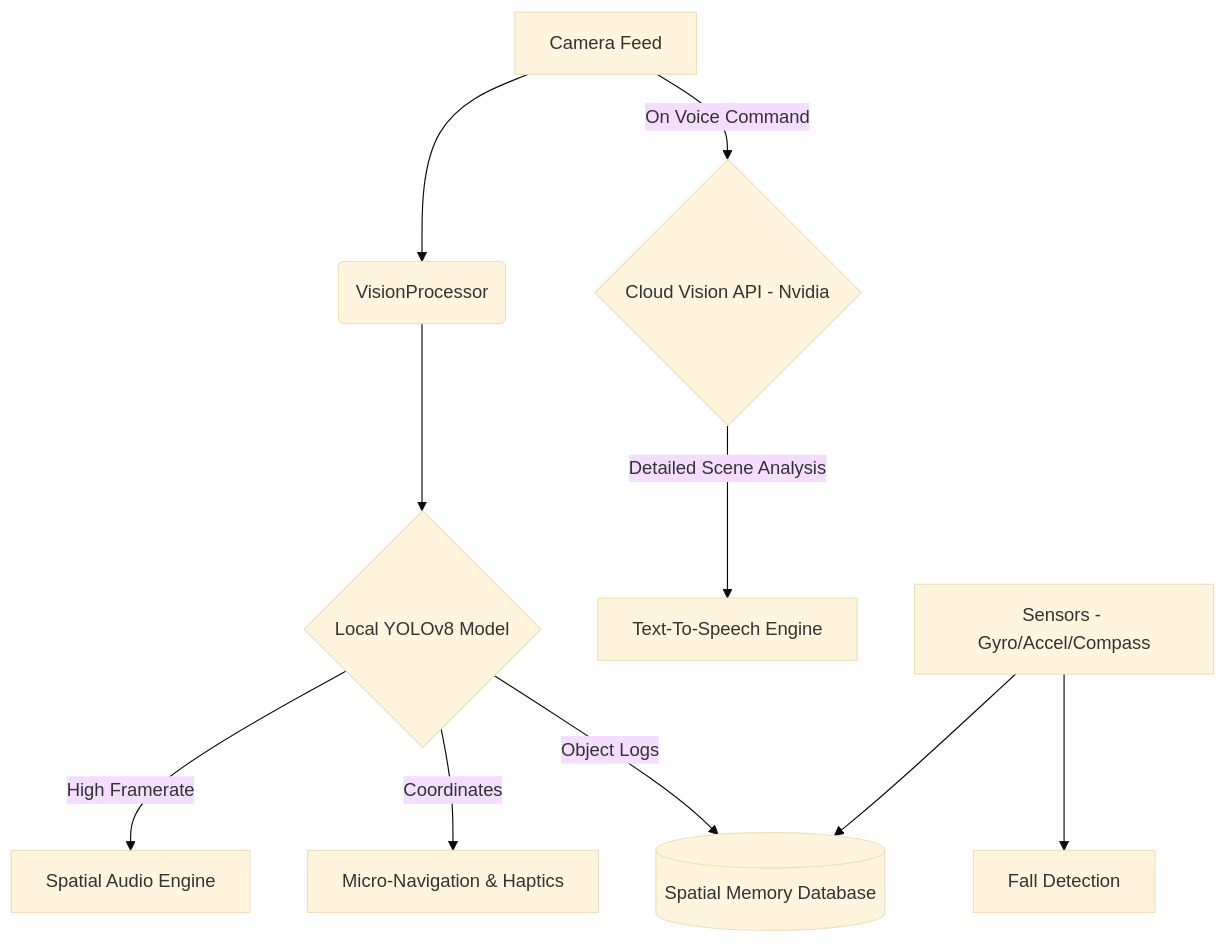
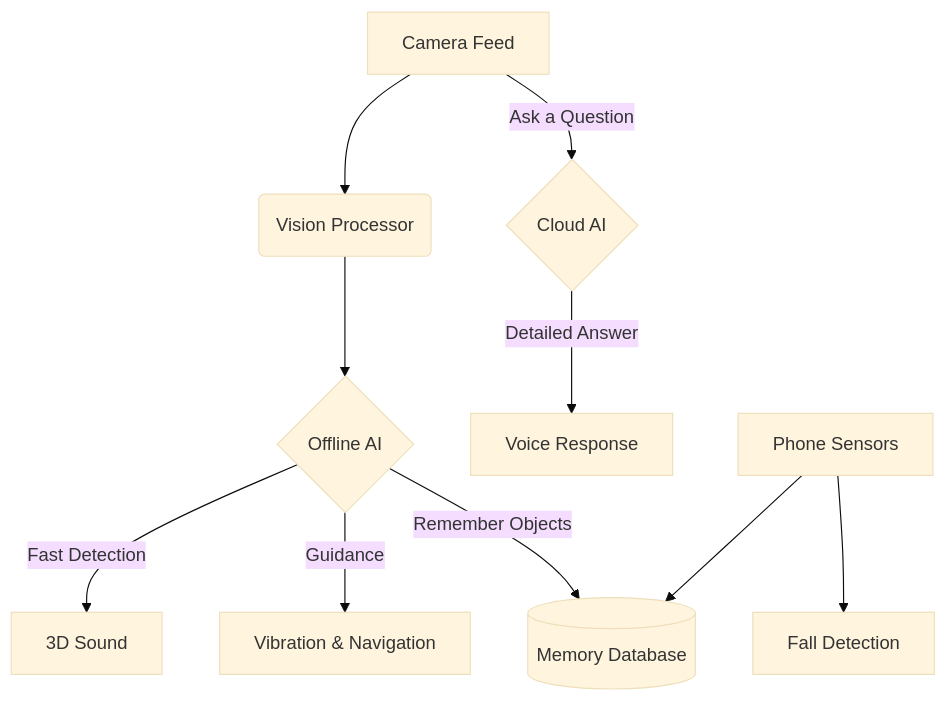
Before and after one commit to Kartikey-varshney206/Blind-stick-android-app: the first of 4 diagrams in README.md, drawn with Mermaid (base theme). The commit also changed other lines of this file, not shown here.

````diff
--- a/README.md
+++ b/README.md
@@ -29,14 +32,14 @@
 ```mermaid
 graph TD
-    A[Camera Feed] --> B(VisionProcessor)
-    B --> C{Local YOLOv8 Model}
-    C -->|High Framerate| D[Spatial Audio Engine]
-    C -->|Coordinates| E[Micro-Navigation & Haptics]
-    C -->|Object Logs| F[(Spatial Memory Database)]
+    A[Camera Feed] --> B(Vision Processor)
+    B --> C{Offline AI}
+    C -->|Fast Detection| D[3D Sound]
+    C -->|Guidance| E[Vibration & Navigation]
+    C -->|Remember Objects| F[(Memory Database)]
     
-    A -->|On Voice Command| G{Cloud Vision API - Nvidia}
-    G -->|Detailed Scene Analysis| H[Text-To-Speech Engine]
+    A -->|Ask a Question| G{Cloud AI}
+    G -->|Detailed Answer| H[Voice Response]
     
-    I[Sensors - Gyro/Accel/Compass] --> J[Fall Detection]
+    I[Phone Sensors] --> J[Fall Detection]
     I --> F
 ```
````
